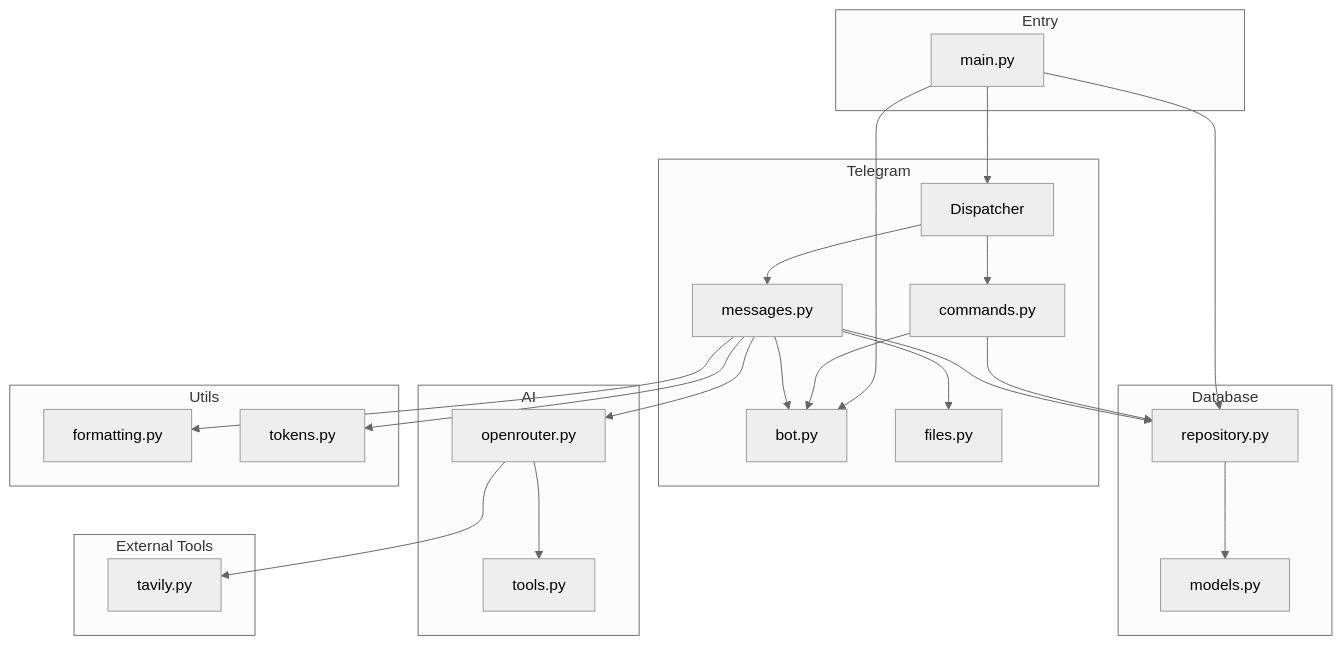
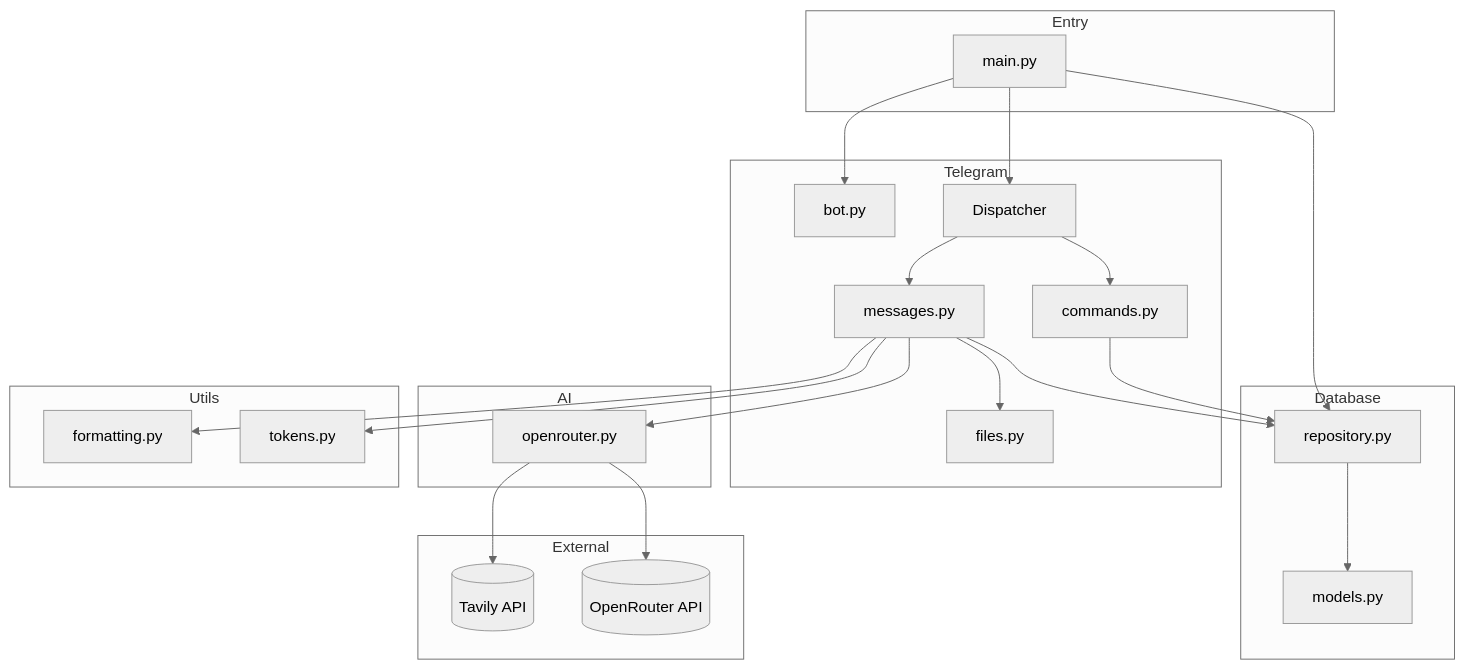
One commit to karilaa-dev/ai-tg-bot changed the first of 3 diagrams in docs/CODEBASE_MAP.md. Above: the diagram before and after it, drawn with Mermaid (neutral theme). The commit also changed other lines of this file and 1 other file, not shown here.

Commit message:
Update documentation for AI module and thinking display flow; enhance Tavily integration details

````diff
--- a/docs/CODEBASE_MAP.md
+++ b/docs/CODEBASE_MAP.md
@@ -13,50 +13,48 @@
 ```mermaid
 graph TB
     subgraph Entry
         Main[main.py]
     end
 
     subgraph Telegram
         Bot[bot.py]
         DP[Dispatcher]
         CmdH[commands.py]
         MsgH[messages.py]
         Files[files.py]
     end
 
     subgraph AI
         OR[openrouter.py]
-        Tools[tools.py]
     end
 
     subgraph Database
         Repo[repository.py]
         Models[models.py]
     end
 
-    subgraph External Tools
-        Tavily[tavily.py]
-    end
-
     subgraph Utils
         Format[formatting.py]
         Tokens[tokens.py]
+    end
+
+    subgraph External
+        Tavily[(Tavily API)]
+        OpenRouter[(OpenRouter API)]
     end
 
     Main --> Bot
     Main --> DP
     Main --> Repo
     DP --> CmdH
     DP --> MsgH
     CmdH --> Repo
-    CmdH --> Bot
     MsgH --> OR
     MsgH --> Repo
-    MsgH --> Bot
     MsgH --> Files
     MsgH --> Format
     MsgH --> Tokens
-    OR --> Tools
+    OR --> OpenRouter
     OR --> Tavily
     Repo --> Models
 ```
````
